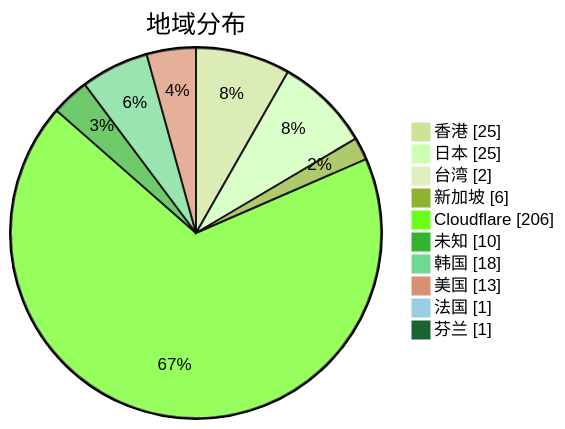
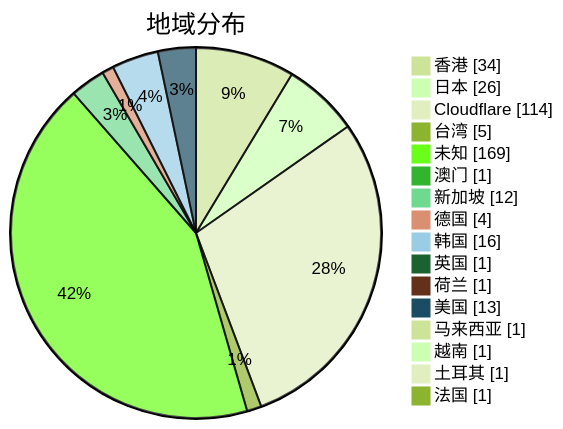
Before and after one commit to qjlxg/airport: the second of 3 diagrams in subs/statistics/tested_within.md, drawn with Mermaid (forest theme). The commit also changed other lines of this file and 2 other files, not shown here.

Commit message:
Tested by metaST

````diff
--- a/subs/statistics/tested_within.md
+++ b/subs/statistics/tested_within.md
@@ -12,14 +13,20 @@
 ```mermaid
 pie showData
 title 地域分布
-"香港" : 25
-"日本" : 25
-"台湾" : 2
-"新加坡" : 6
-"Cloudflare" : 206
-"未知" : 10
-"韩国" : 18
+"香港" : 34
+"日本" : 26
+"Cloudflare" : 114
+"台湾" : 5
+"未知" : 169
+"澳门" : 1
+"新加坡" : 12
+"德国" : 4
+"韩国" : 16
+"英国" : 1
+"荷兰" : 1
 "美国" : 13
+"马来西亚" : 1
+"越南" : 1
+"土耳其" : 1
 "法国" : 1
-"芬兰" : 1
 ```
````
